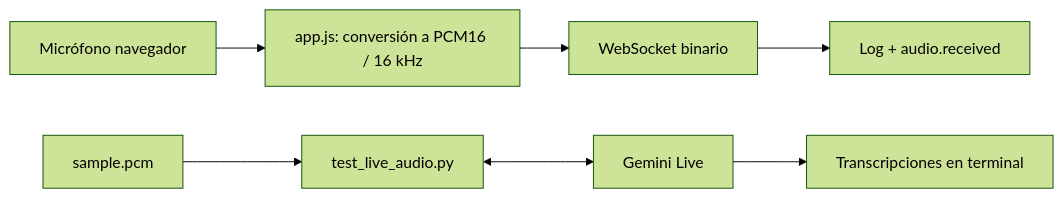
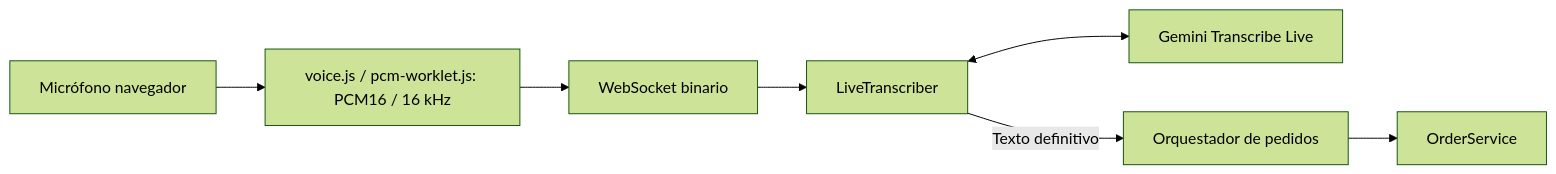
Before and after one commit to gsierra1/self_order: the second of 2 diagrams in docs/arquitectura.md, drawn with Mermaid (forest theme). The commit also changed other lines of this file and 22 other files, not shown here.

````diff
--- a/docs/arquitectura.md
+++ b/docs/arquitectura.md
@@ -162,9 +164,9 @@
 ```mermaid
 flowchart LR
-    MIC[Micrófono navegador] --> PCM[app.js: conversión a PCM16 / 16 kHz]
+    MIC[Micrófono navegador] --> PCM[voice.js / pcm-worklet.js: PCM16 / 16 kHz]
     PCM --> WS[WebSocket binario]
-    WS --> ACK[Log + audio.received]
-    SAMPLE[sample.pcm] --> TEST[test_live_audio.py]
-    TEST <--> LIVE[Gemini Live]
-    LIVE --> PRINT[Transcripciones en terminal]
+    WS --> T[LiveTranscriber]
+    T <--> LIVE[Gemini Transcribe Live]
+    T -->|Texto definitivo| O[Orquestador de pedidos]
+    O --> S[OrderService]
 ```
````
